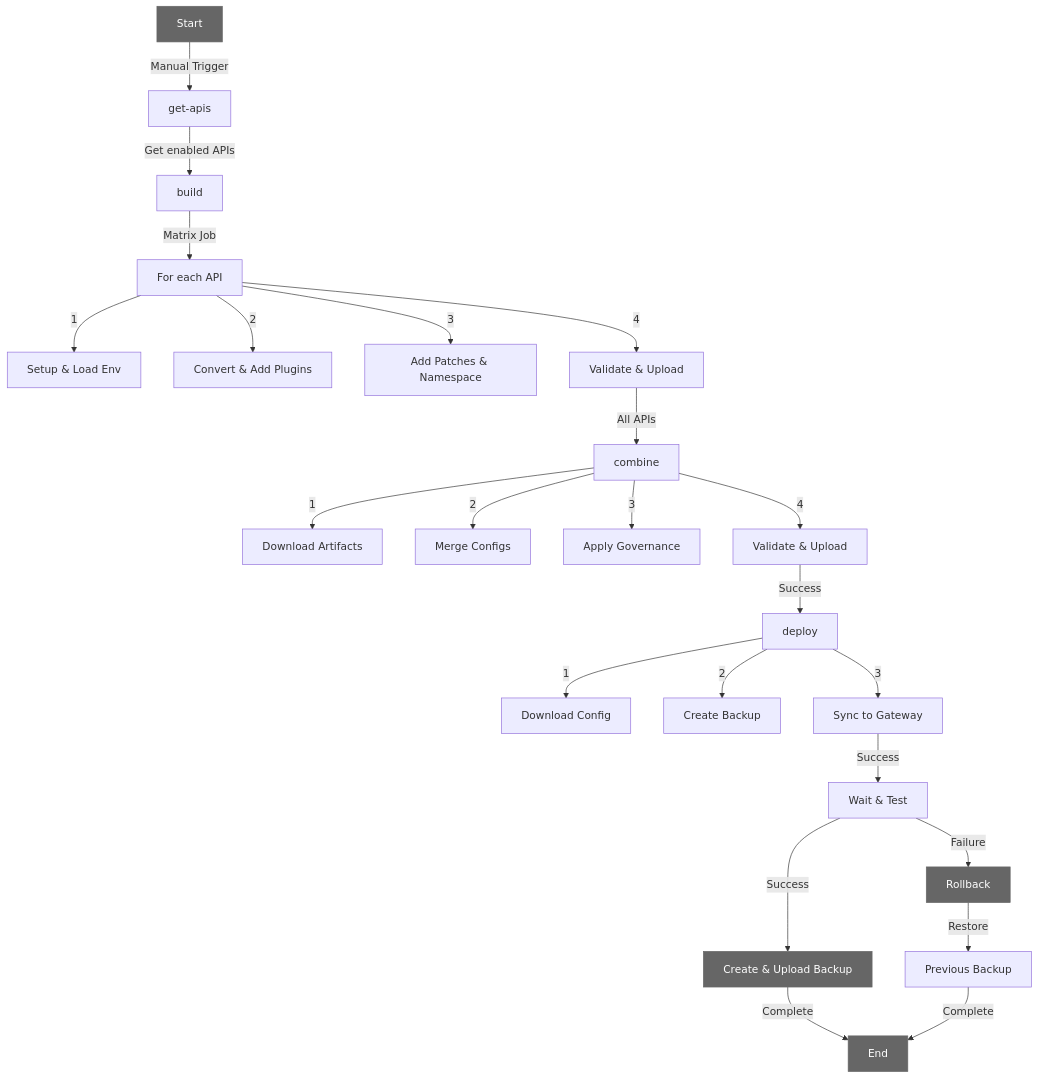
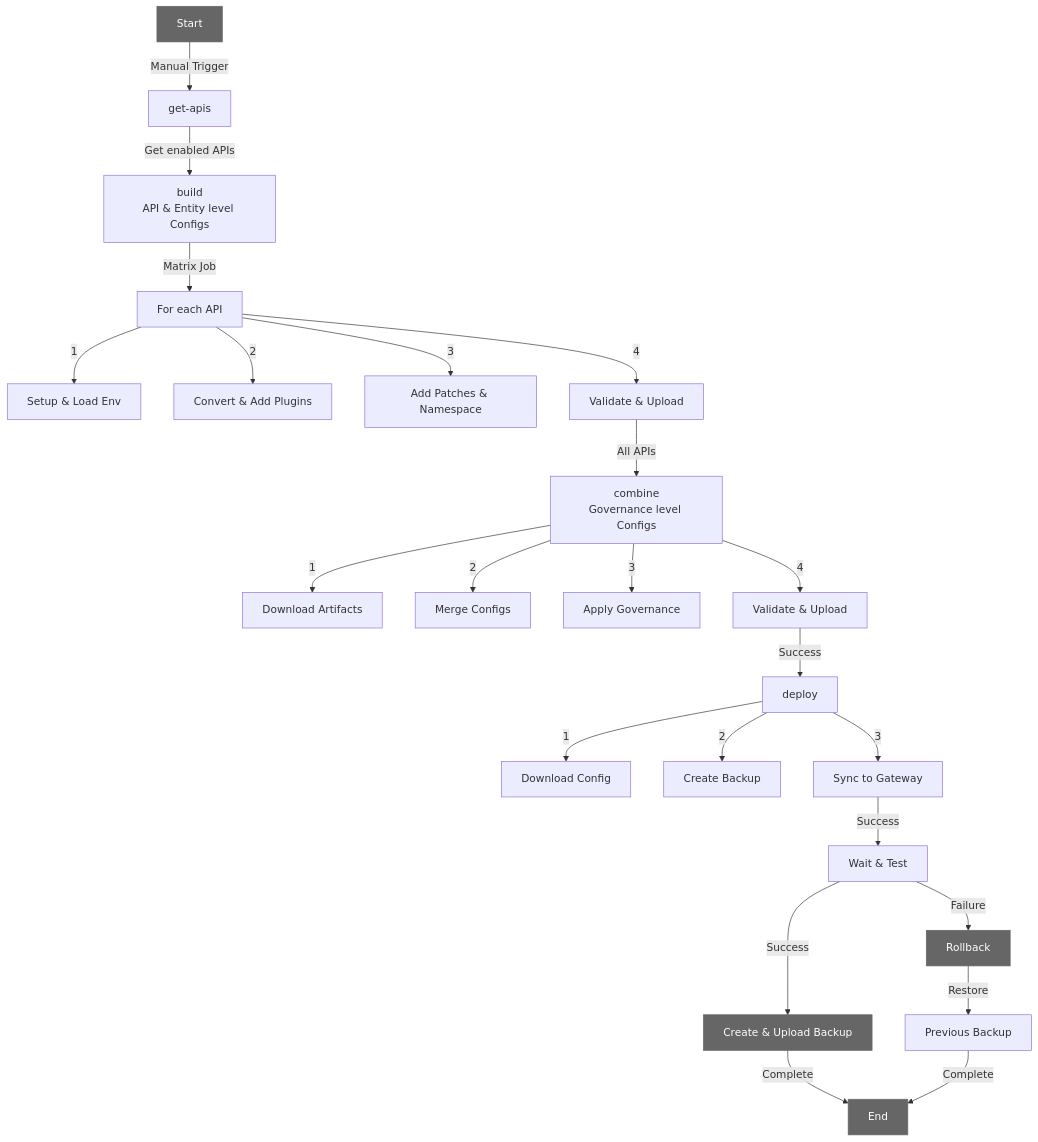
One commit to pantsel/mt-apiops-example changed the diagram in README.md. Above: the diagram before and after it, drawn with Mermaid.

````diff
--- a/README.md
+++ b/README.md
@@ -115,30 +115,30 @@
 ```mermaid
 graph TD
     A[Start] -->|Manual Trigger| B[get-apis]
-    B -->|Get enabled APIs| C[build]
+    B -->|Get enabled APIs| C[build<br>API & Entity level Configs]
     C -->|Matrix Job| D[For each API]
     D -->|1| E[Setup & Load Env]
     D -->|2| F[Convert & Add Plugins]
     D -->|3| G[Add Patches & Namespace]
     D -->|4| H[Validate & Upload]
-    H -->|All APIs| I[combine]
+    H -->|All APIs| I[combine<br>Governance level Configs]
     I -->|1| J[Download Artifacts]
     I -->|2| K[Merge Configs]
     I -->|3| L[Apply Governance]
     I -->|4| M[Validate & Upload]
     M -->|Success| N[deploy]
     N -->|1| O[Download Config]
     N -->|2| P[Create Backup]
     N -->|3| Q[Sync to Gateway]
     Q -->|Success| R[Wait & Test]
     R -->|Success| S[Create & Upload Backup]
     R -->|Failure| T[Rollback]
     T -->|Restore| U[Previous Backup]
     S -->|Complete| V[End]
     U -->|Complete| V[End]
 
     style A fill:#666,stroke:#666,stroke-width:1px,color:#fff
     style V fill:#666,stroke:#666,stroke-width:1px,color:#fff
     style T fill:#666,stroke:#666,stroke-width:1px,color:#fff
     style S fill:#666,stroke:#666,stroke-width:1px,color:#fff
 ```
````
